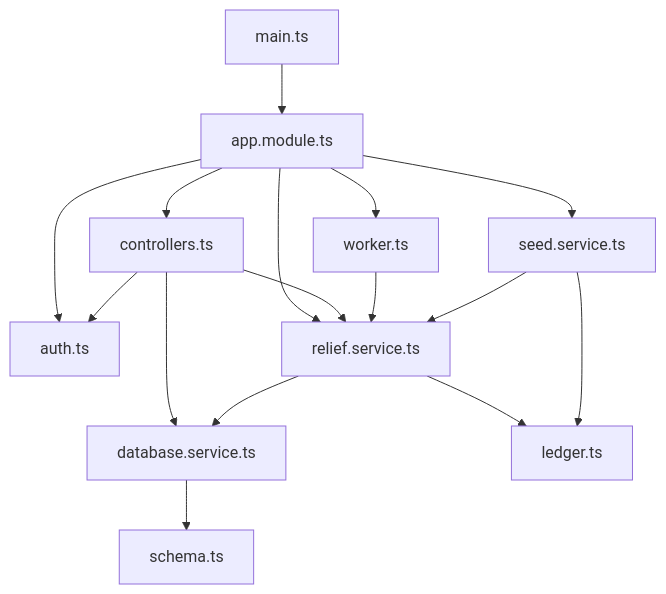
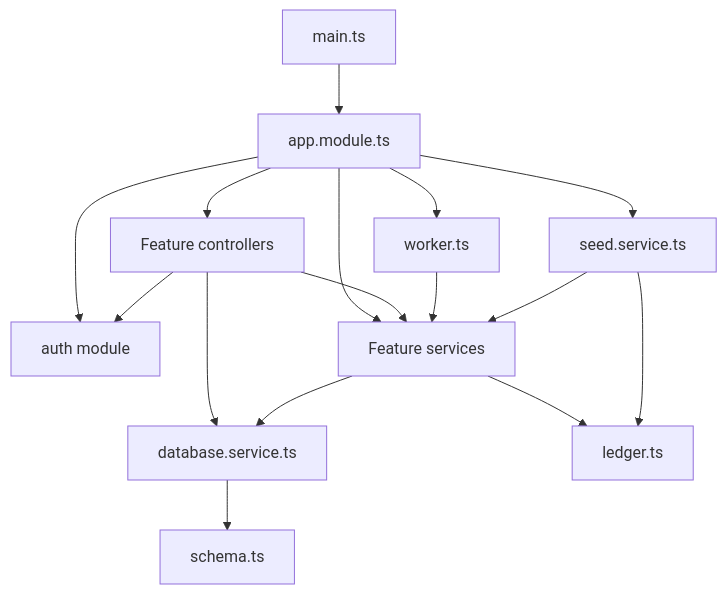
The second of 4 diagrams in ARCHITECTURE.md (kensh1ken/ReliefChain), drawn with Mermaid before and after one commit. The commit also changed other lines of this file and 41 other files, not shown here.

````diff
--- a/ARCHITECTURE.md
+++ b/ARCHITECTURE.md
@@ -57,19 +57,19 @@
 ```mermaid
 flowchart TB
     Main[main.ts] --> Module[app.module.ts]
-    Module --> Controllers[controllers.ts]
-    Module --> Auth[auth.ts]
-    Module --> Relief[relief.service.ts]
+        Module --> Controllers[Feature controllers]
+        Module --> Auth[auth module]
+        Module --> Relief[Feature services]
     Module --> Worker[worker.ts]
     Module --> Seed[seed.service.ts]
 
     Controllers --> Auth
     Controllers --> Relief
     Controllers --> Database[database.service.ts]
     Relief --> Database
     Relief --> Ledger[ledger.ts]
     Worker --> Relief
     Seed --> Relief
     Seed --> Ledger
     Database --> Schema[schema.ts]
 ```
````
